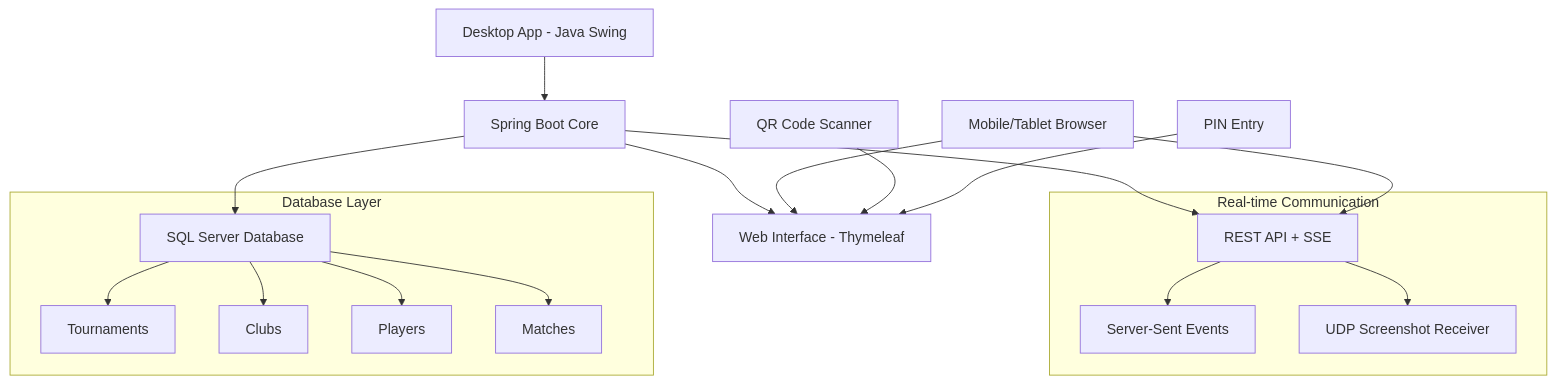
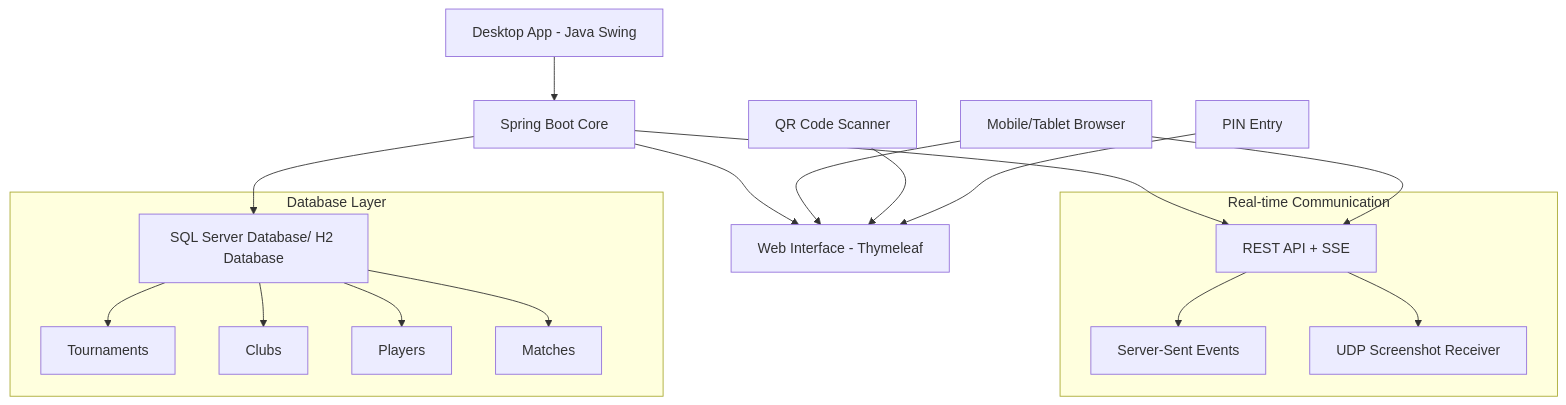
The diagram in README.md (NguyenHau-IT/Badminton_Tournament_Management_System_DB_SQLSRV), drawn with Mermaid before and after one commit. The commit also changed other lines of this file and 9 other files, not shown here.

````diff
--- a/README.md
+++ b/README.md
@@ -61,25 +61,25 @@
 ```mermaid
 graph TB
     A[Desktop App - Java Swing] --> B[Spring Boot Core]
     B --> C[Web Interface - Thymeleaf]
     B --> D[REST API + SSE]
-    B --> E[SQL Server Database]
+    B --> E[SQL Server Database/ H2 Database]
     
     F[Mobile/Tablet Browser] --> C
     F --> D
     
     G[QR Code Scanner] --> C
     H[PIN Entry] --> C
     
   subgraph "Real-time Communication"
     D --> I[Server-Sent Events]
     D --> J[UDP Screenshot Receiver]
   end
     
     subgraph "Database Layer"
         E --> K[Tournaments]
         E --> L[Clubs]
         E --> M[Players]
         E --> N[Matches]
     end
 ```
````
